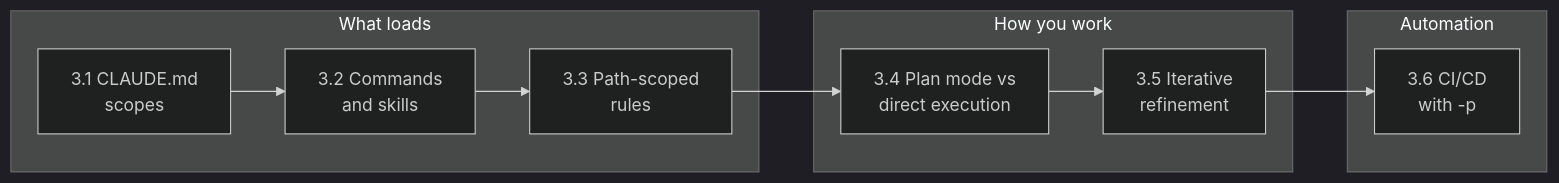
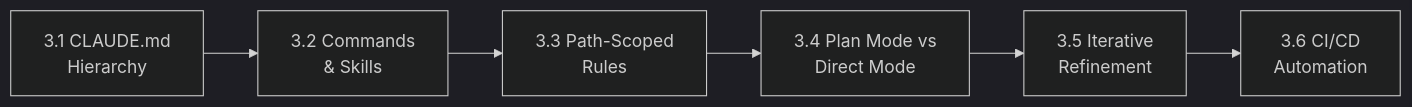
The first of 4 diagrams in domain3/KEY_CONCEPTS.md (dip4k/claude_cert_architect_foundation_prep), drawn with Mermaid (dark theme) before and after one commit. The commit also changed other lines of this file and 59 other files, not shown here.

````diff
--- a/domain3/KEY_CONCEPTS.md
+++ b/domain3/KEY_CONCEPTS.md
@@ -7,16 +21,8 @@
 ```mermaid
 flowchart LR
-    subgraph Config["What loads"]
-        T1["3.1 CLAUDE.md<br>scopes"]
-        T2["3.2 Commands<br>and skills"]
-        T3["3.3 Path-scoped<br>rules"]
-    end
-    subgraph Work["How you work"]
-        T4["3.4 Plan mode vs<br>direct execution"]
-        T5["3.5 Iterative<br>refinement"]
-    end
-    subgraph Auto["Automation"]
-        T6["3.6 CI/CD<br>with -p"]
-    end
-    T1 --> T2 --> T3 --> T4 --> T5 --> T6
+    T1["3.1 CLAUDE.md<br>Hierarchy"] --> T2["3.2 Commands<br>& Skills"]
+    T2 --> T3["3.3 Path-Scoped<br>Rules"]
+    T3 --> T4["3.4 Plan Mode vs<br>Direct Mode"]
+    T4 --> T5["3.5 Iterative<br>Refinement"]
+    T5 --> T6["3.6 CI/CD<br>Automation"]
 ```
````
